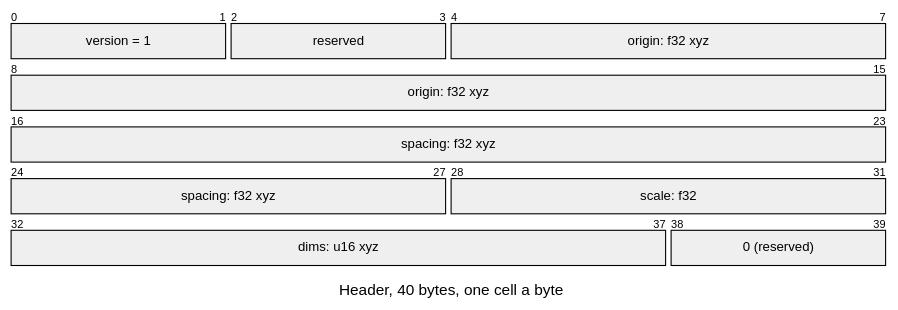
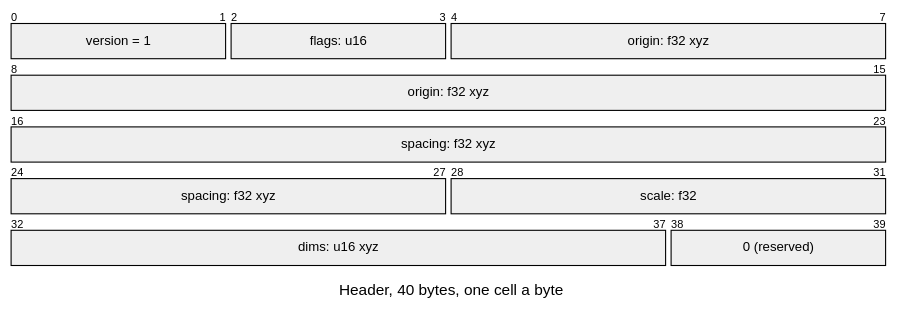
One commit to jose-villegas/autana changed the first of 3 diagrams in docs/assets/formats/SHPR.md. Above: the diagram before and after it, drawn with Mermaid. The commit also changed other lines of this file and 4 other files, not shown here.

````diff
--- a/docs/assets/formats/SHPR.md
+++ b/docs/assets/formats/SHPR.md
@@ -7,18 +7,18 @@
 ```mermaid
 ---
 config:
-  themeCSS: "g:nth-of-type(2) rect:nth-of-type(1) { fill: #8fb3ee !important; } g:nth-of-type(2) rect:nth-of-type(2) { fill: #ffffff !important; stroke-dasharray: 4 3 !important; } g:nth-of-type(2) rect:nth-of-type(3) { fill: #e3e3e3 !important; } g:nth-of-type(3) rect:nth-of-type(1) { fill: #e3e3e3 !important; } g:nth-of-type(4) rect:nth-of-type(1) { fill: #e3e3e3 !important; } g:nth-of-type(5) rect:nth-of-type(1) { fill: #e3e3e3 !important; } g:nth-of-type(5) rect:nth-of-type(2) { fill: #e3e3e3 !important; } g:nth-of-type(6) rect:nth-of-type(1) { fill: #e3e3e3 !important; } g:nth-of-type(6) rect:nth-of-type(2) { fill: #ffffff !important; stroke-dasharray: 4 3 !important; } .packetLabel { fill: #1b1b1b !important; }"
+  themeCSS: "g:nth-of-type(2) rect:nth-of-type(1) { fill: #8fb3ee !important; } g:nth-of-type(2) rect:nth-of-type(2) { fill: #e3e3e3 !important; } g:nth-of-type(2) rect:nth-of-type(3) { fill: #e3e3e3 !important; } g:nth-of-type(3) rect:nth-of-type(1) { fill: #e3e3e3 !important; } g:nth-of-type(4) rect:nth-of-type(1) { fill: #e3e3e3 !important; } g:nth-of-type(5) rect:nth-of-type(1) { fill: #e3e3e3 !important; } g:nth-of-type(5) rect:nth-of-type(2) { fill: #e3e3e3 !important; } g:nth-of-type(6) rect:nth-of-type(1) { fill: #e3e3e3 !important; } g:nth-of-type(6) rect:nth-of-type(2) { fill: #ffffff !important; stroke-dasharray: 4 3 !important; } .packetLabel { fill: #1b1b1b !important; }"
   packet:
     bitsPerRow: 8
     bitWidth: 100
 ---
 packet-beta
 title Header, 40 bytes, one cell a byte
 0-1: "version = 1"
-2-3: "reserved"
+2-3: "flags: u16"
 4-15: "origin: f32 xyz"
 16-27: "spacing: f32 xyz"
 28-31: "scale: f32"
 32-37: "dims: u16 xyz"
 38-39: "0 (reserved)"
 ```
````
